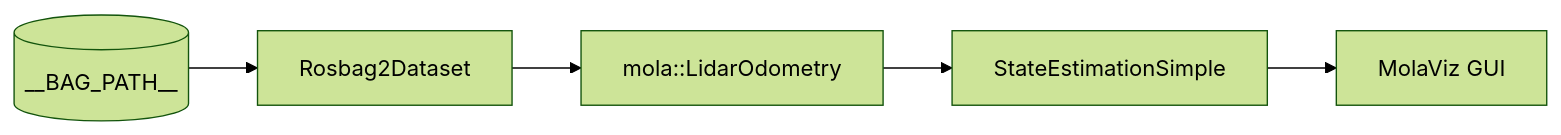
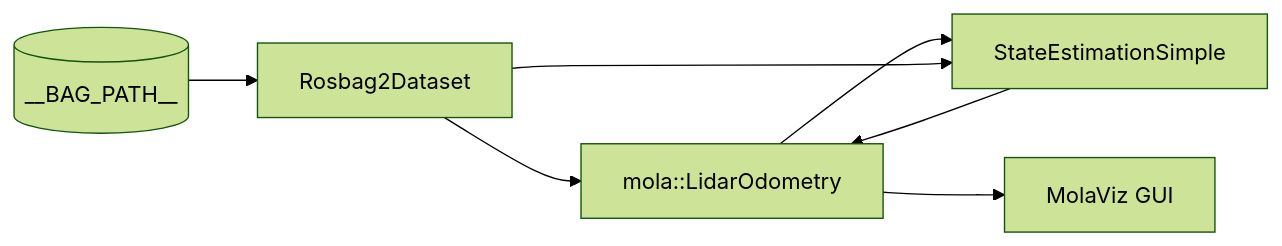
Before and after one commit to MOLAorg/mola: the tenth of 11 diagrams in docs/source/mola_ros2_configurations.rst, drawn with Mermaid (forest theme). The commit also changed other lines of this file and 1 other file, not shown here.

```diff
--- a/docs/source/mola_ros2_configurations.rst
+++ b/docs/source/mola_ros2_configurations.rst
@@ -555,7 +555,9 @@
 .. mermaid::
 
    flowchart LR
      bag[(__BAG_PATH__)] --> ds[Rosbag2Dataset]
      ds --> lo[mola::LidarOdometry]
      lo --> se[StateEstimationSimple]
-     se --> gui[MolaViz GUI]
+     ds --> se
+     se --> lo
+     lo --> gui[MolaViz GUI]
```
